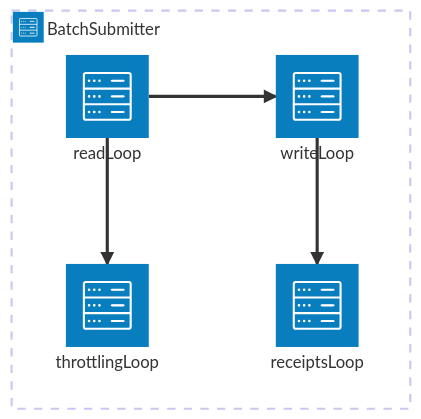
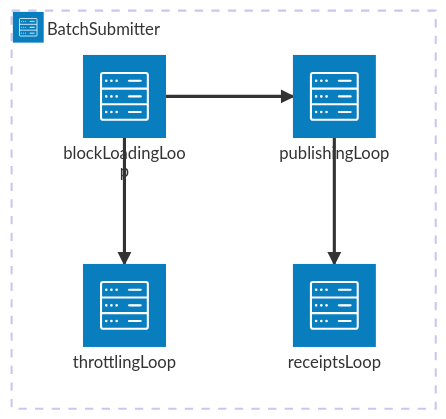
One commit to ethereum-optimism/optimism-monorepo changed the diagram in op-batcher/readme.md. Above: the diagram before and after it, drawn with Mermaid. The commit also changed other lines of this file and 1 other file, not shown here.

Commit message:
rename readLoop to blockLoadingLoop and writeLoop to publishingLoop

````diff
--- a/op-batcher/readme.md
+++ b/op-batcher/readme.md
@@ -60,13 +68,13 @@
 ```mermaid
 architecture-beta
     group bs(server)[BatchSubmitter]
 
-    service readLoop(server)[readLoop] in bs
-    service writeLoop(server)[writeLoop] in bs
+    service blockLoadingLoop(server)[blockLoadingLoop] in bs
+    service publishingLoop(server)[publishingLoop] in bs
     service receiptsLoop(server)[receiptsLoop] in bs
     service throttlingLoop(server)[throttlingLoop] in bs
 
-		readLoop:R --> L:writeLoop
-		readLoop:B --> T:throttlingLoop
-		writeLoop:B --> T:receiptsLoop
+		blockLoadingLoop:R --> L:publishingLoop
+		blockLoadingLoop:B --> T:throttlingLoop
+		publishingLoop:B --> T:receiptsLoop
 ```
````
